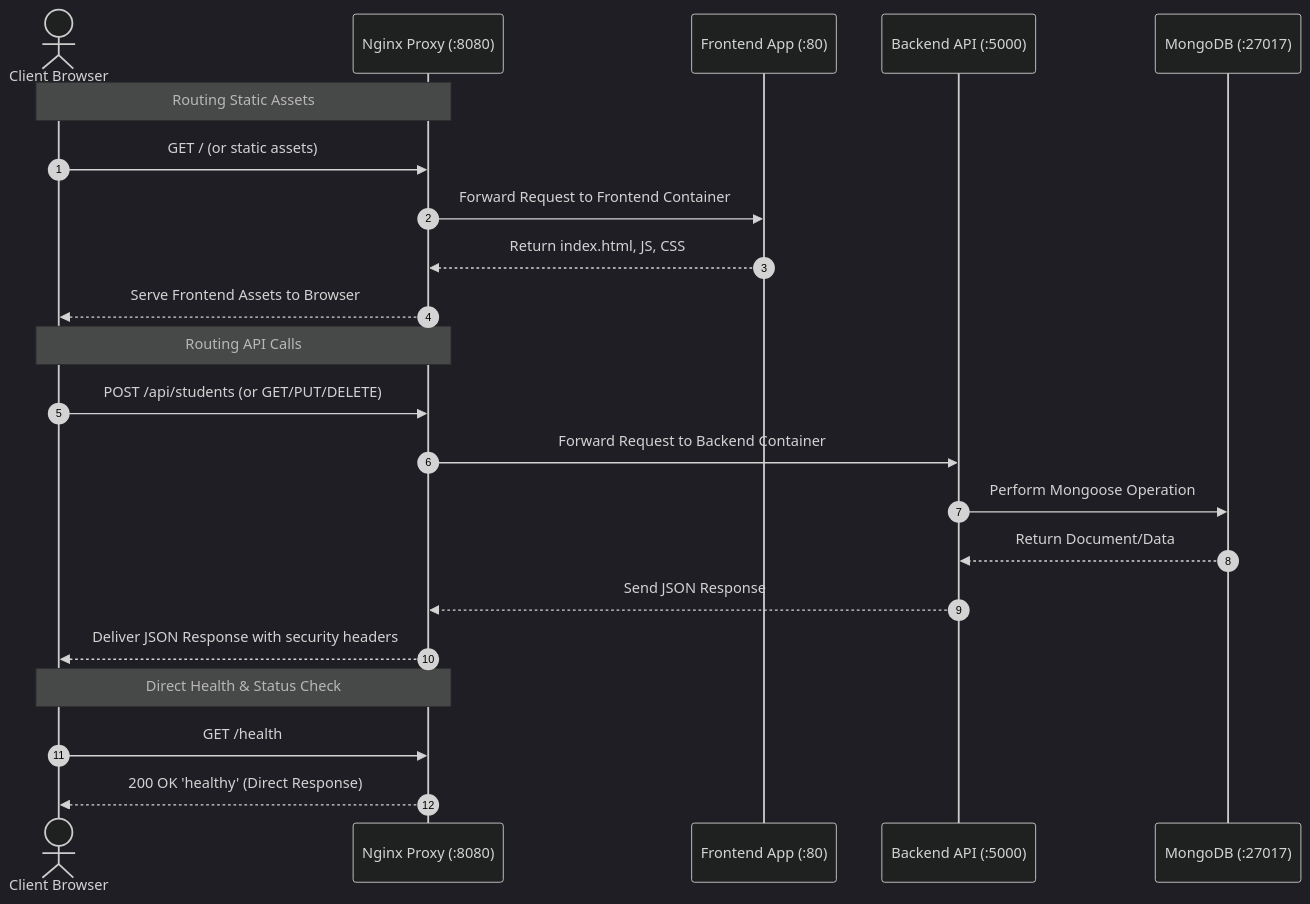
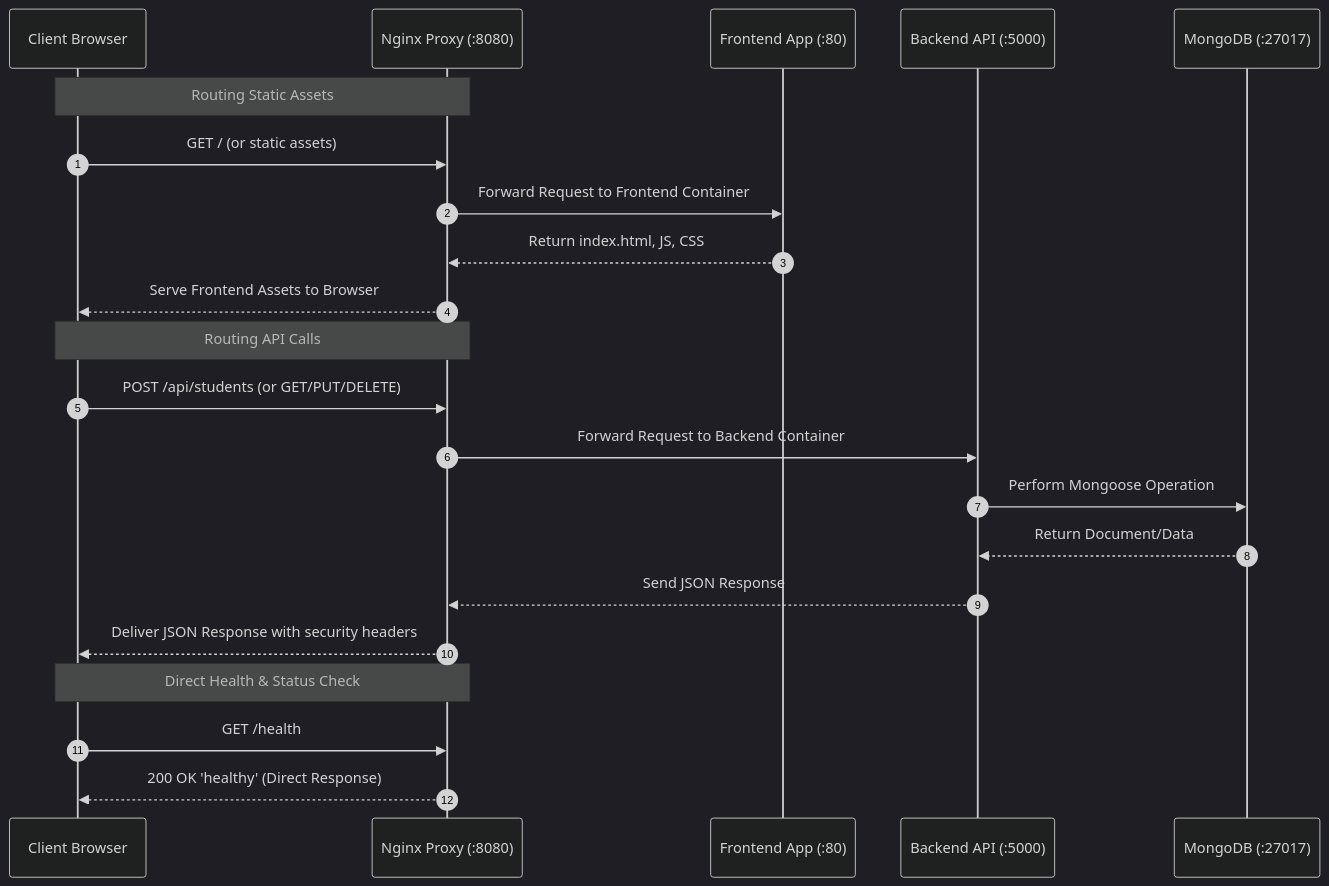
Before and after one commit to Chandan-Sir-Debasish/04.reverseproxy-1: the second of 2 diagrams in README.md, drawn with Mermaid (dark theme). The commit also changed other lines of this file, not shown here.

Commit message:
docs: normalize README headings and refine Mermaid diagrams for improved readability

````diff
--- a/README.md
+++ b/README.md
@@ -27,27 +27,27 @@
 ```mermaid
 sequenceDiagram
     autonumber
-    actor Client as Client Browser
+    participant Client as Client Browser
     participant Proxy as Nginx Proxy (:8080)
     participant Front as Frontend App (:80)
     participant Back as Backend API (:5000)
     participant DB as MongoDB (:27017)
 
     Note over Client, Proxy: Routing Static Assets
     Client->>Proxy: GET / (or static assets)
     Proxy->>Front: Forward Request to Frontend Container
     Front-->>Proxy: Return index.html, JS, CSS
     Proxy-->>Client: Serve Frontend Assets to Browser
 
     Note over Client, Proxy: Routing API Calls
     Client->>Proxy: POST /api/students (or GET/PUT/DELETE)
     Proxy->>Back: Forward Request to Backend Container
     Back->>DB: Perform Mongoose Operation
     DB-->>Back: Return Document/Data
     Back-->>Proxy: Send JSON Response
     Proxy-->>Client: Deliver JSON Response with security headers
 
     Note over Client, Proxy: Direct Health & Status Check
     Client->>Proxy: GET /health
     Proxy-->>Client: 200 OK 'healthy' (Direct Response)
 ```
````
